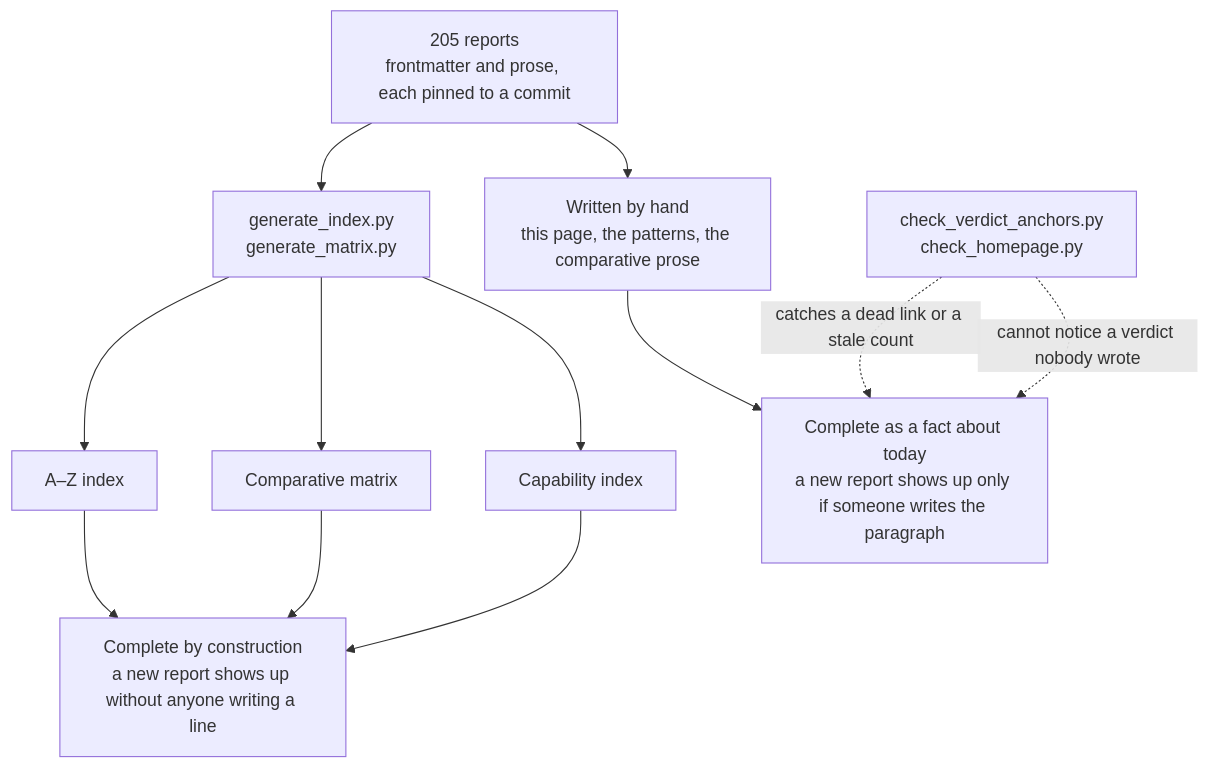
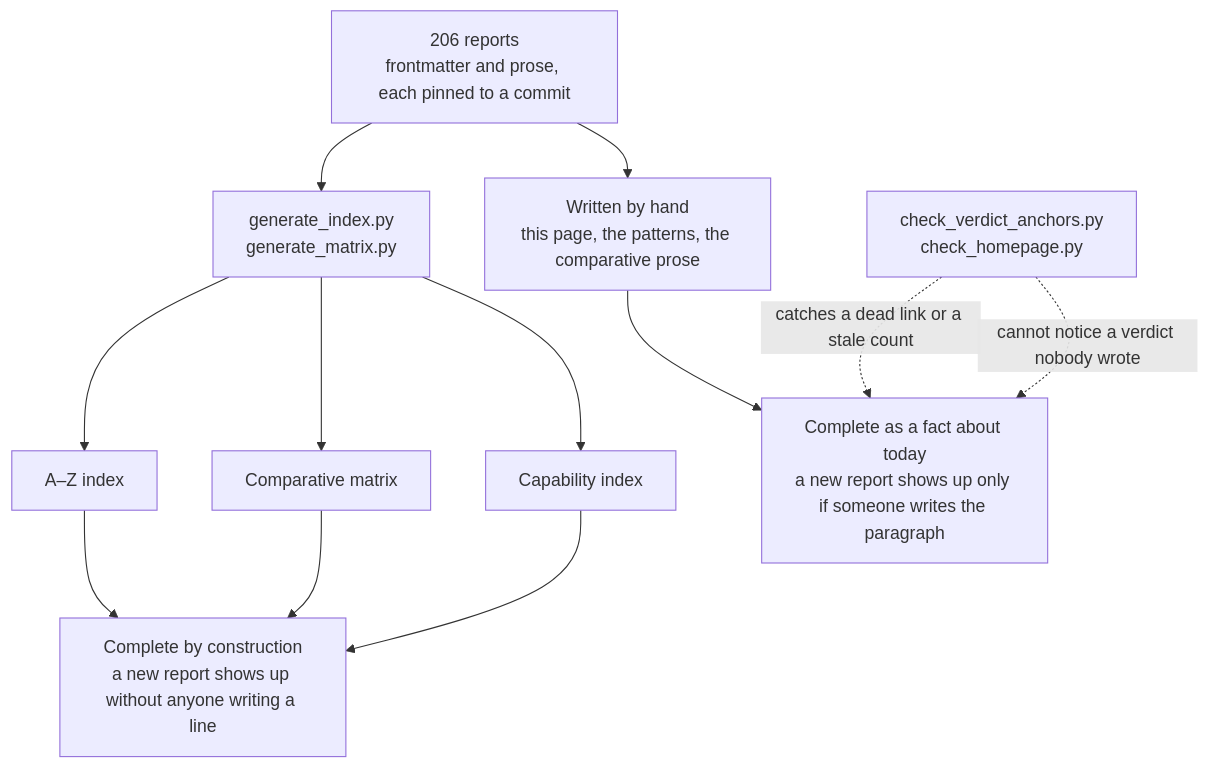
The diagram in content/verdicts.md (neoneye/agent-memory-atlas), drawn with Mermaid before and after one commit. The commit also changed other lines of this file and 19 other files, not shown here.

````diff
--- a/content/verdicts.md
+++ b/content/verdicts.md
@@ -40,15 +40,15 @@
 ```mermaid
 flowchart TD
-    R["205 reports<br/>frontmatter and prose, each pinned to a commit"]
+    R["206 reports<br/>frontmatter and prose, each pinned to a commit"]
     R --> GEN["generate_index.py<br/>generate_matrix.py"]
     R --> HAND["Written by hand<br/>this page, the patterns, the comparative prose"]
     GEN --> AZ["A–Z index"]
     GEN --> MX["Comparative matrix"]
     GEN --> CI["Capability index"]
     AZ --> CONST["Complete by construction<br/>a new report shows up without anyone writing a line"]
     MX --> CONST
     CI --> CONST
     HAND --> TODAY["Complete as a fact about today<br/>a new report shows up only if someone writes the paragraph"]
     CHK["check_verdict_anchors.py<br/>check_homepage.py"] -.->|"catches a dead link or a stale count"| TODAY
     CHK -.->|"cannot notice a verdict nobody wrote"| TODAY
 ```
````
